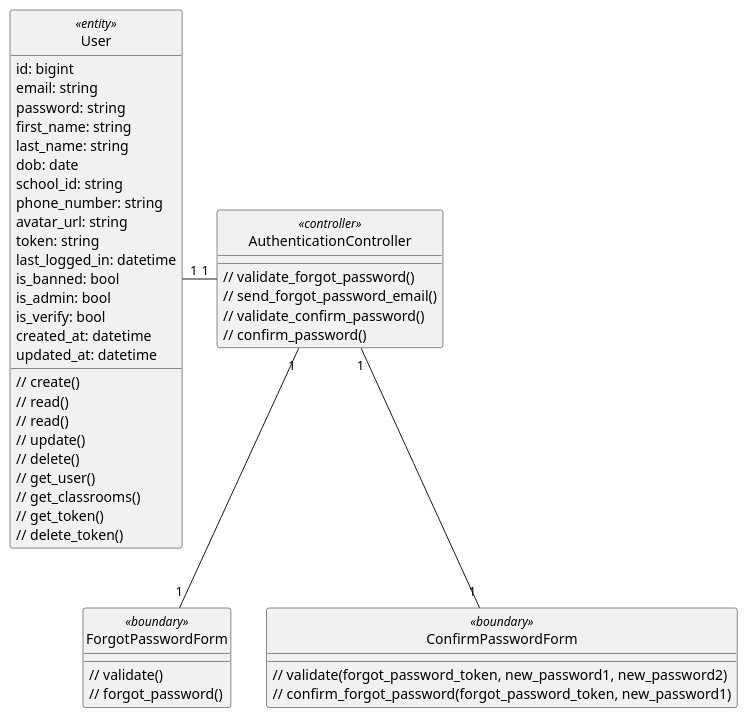
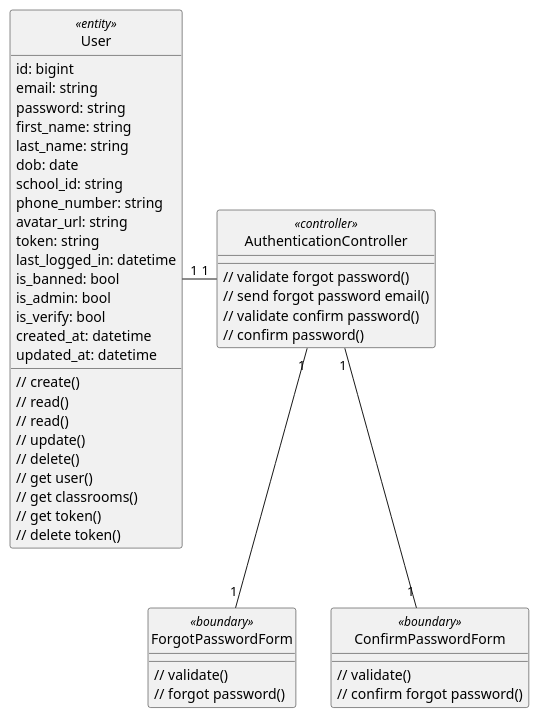
One commit to anonyhostvn/OOAD-Diagram changed the diagram in class - analysis/authentication/forgotPassword.plantuml. Above: the diagram before and after it, drawn with PlantUML. The commit also changed 6 other files, not shown here.

```diff
--- a/class - analysis/authentication/forgotPassword.plantuml
+++ b/class - analysis/authentication/forgotPassword.plantuml
@@ -1,58 +1,58 @@
 @startuml login
 
 class User <<entity>> {
     id: bigint
     email: string
     password: string
     first_name: string
     last_name: string
     dob: date
     school_id: string
     phone_number: string
     avatar_url: string
     token: string
     last_logged_in: datetime
     is_banned: bool
     is_admin: bool
     is_verify: bool
     created_at: datetime
     updated_at: datetime
 
     // create()
     // read()
     // read()
     // update()
     // delete()
-    // get_user()
-    // get_classrooms()
-    // get_token()
-    // delete_token()
+    // get user()
+    // get classrooms()
+    // get token()
+    // delete token()
 }
 
 class ForgotPasswordForm <<boundary>> {
     // validate()
-    // forgot_password()
+    // forgot password()
 }
 
 class ConfirmPasswordForm <<boundary>> {
-    // validate(forgot_password_token, new_password1, new_password2)
-    // confirm_forgot_password(forgot_password_token, new_password1)
+    // validate()
+    // confirm forgot password()
 }
 
 
 class AuthenticationController <<controller>> {
-    // validate_forgot_password()
-    // send_forgot_password_email()
-    // validate_confirm_password()
-    // confirm_password()
+    // validate forgot password()
+    // send forgot password email()
+    // validate confirm password()
+    // confirm password()
 }
 
 hide User <<entity>> circle
 hide ForgotPasswordForm <<boundary>> circle
 hide ConfirmPasswordForm <<boundary>> circle
 hide AuthenticationController <<controller>> circle
 
 AuthenticationController "1" -left- "1" User
 AuthenticationController "1" -down- "1" ForgotPasswordForm
 AuthenticationController "1" -down- "1" ConfirmPasswordForm
 @enduml
```
